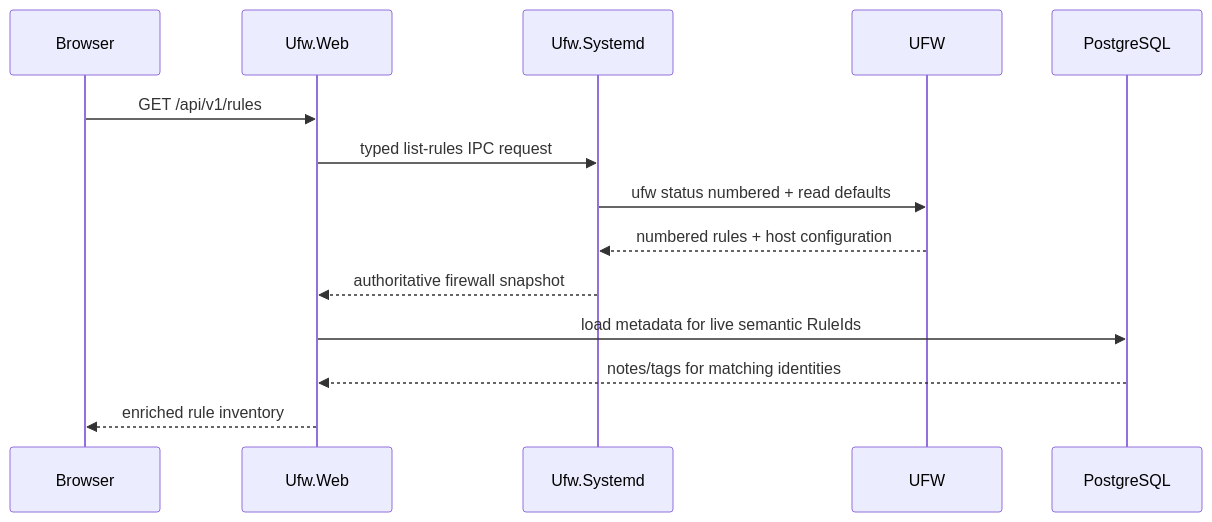
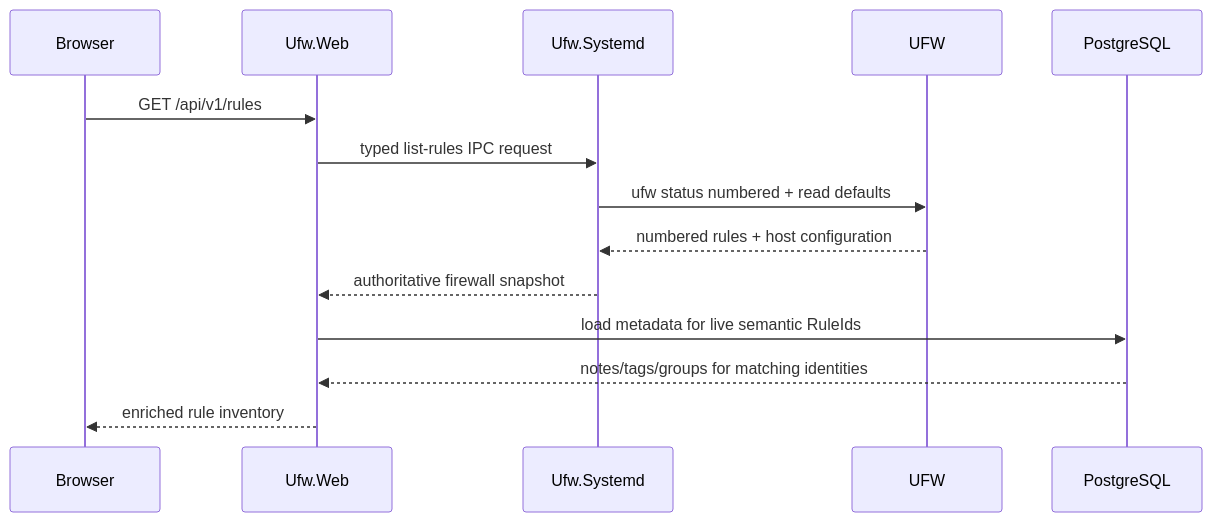
Before and after one commit to frederik-hoeft/ufw-webui: the second of 3 diagrams in docs/architecture/architecture-overview.md, drawn with Mermaid. The commit also changed other lines of this file and 11 other files, not shown here.

````diff
--- a/docs/architecture/architecture-overview.md
+++ b/docs/architecture/architecture-overview.md
@@ -89,17 +89,17 @@
 ```mermaid
 sequenceDiagram
     participant B as Browser
     participant W as Ufw.Web
     participant D as Ufw.Systemd
     participant U as UFW
     participant P as PostgreSQL
 
     B->>W: GET /api/v1/rules
     W->>D: typed list-rules IPC request
     D->>U: ufw status numbered + read defaults
     U-->>D: numbered rules + host configuration
     D-->>W: authoritative firewall snapshot
     W->>P: load metadata for live semantic RuleIds
-    P-->>W: notes/tags for matching identities
+    P-->>W: notes/tags/groups for matching identities
     W-->>B: enriched rule inventory
 ```
````
